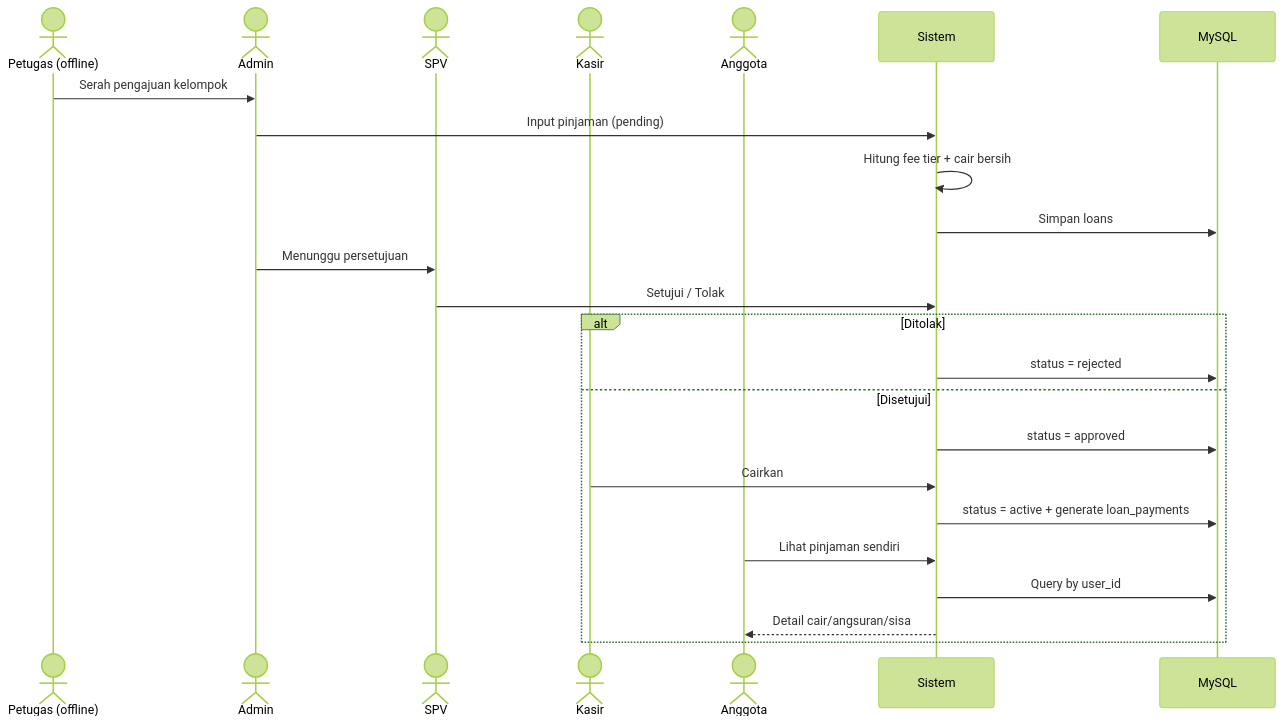
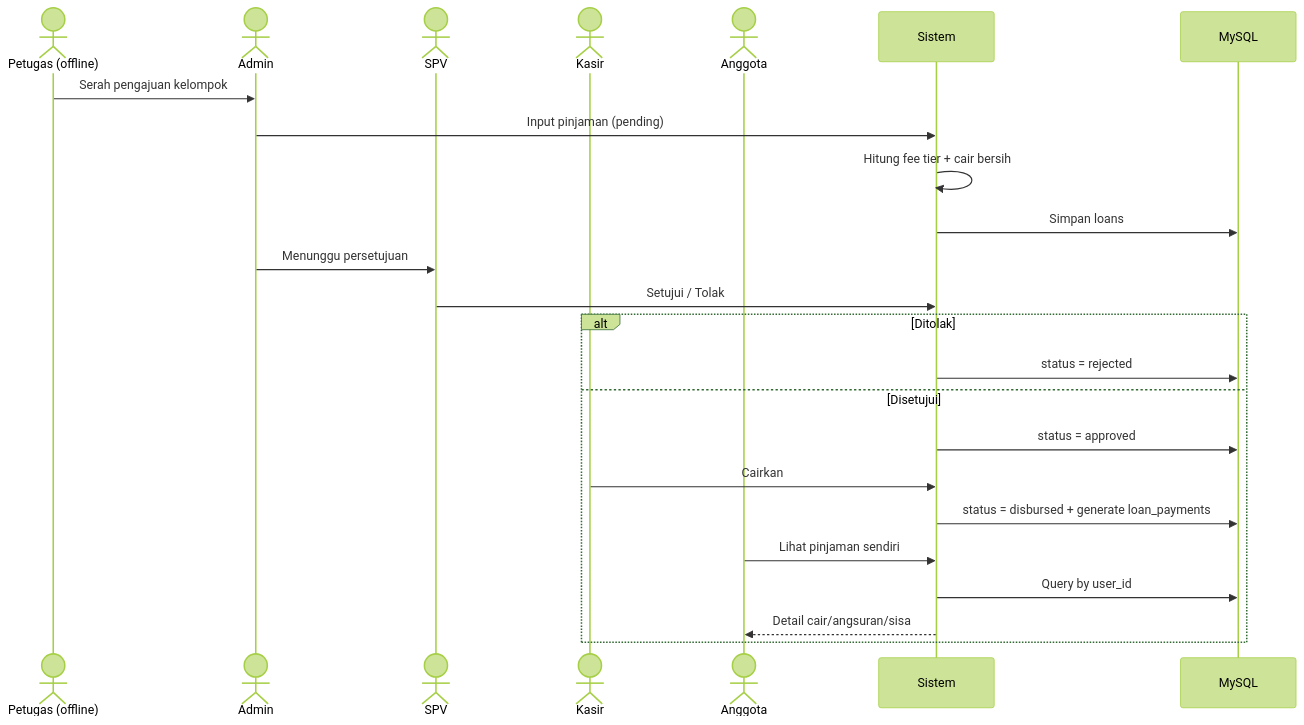
The seventh of 10 diagrams in DIAGRAMS_MERMAID.md (adrianakbar/karya_tantri_abadi), drawn with Mermaid (forest theme) before and after one commit. The commit also changed other lines of this file and 71 other files, not shown here.

Commit message:
docs: revisi BAB 4 + dokumentasi UAT blackbox (siklus 1-2, bukti screenshot, diagram activity/sequence/ERD, runbook UAT)

````diff
--- a/DIAGRAMS_MERMAID.md
+++ b/DIAGRAMS_MERMAID.md
@@ -172,27 +172,27 @@
 ```mermaid
 sequenceDiagram
   actor Petugas as Petugas (offline)
   actor Admin
   actor SPV
   actor Kasir
   actor Anggota
   participant S as Sistem
   participant DB as MySQL
 
   Petugas->>Admin: Serah pengajuan kelompok
   Admin->>S: Input pinjaman (pending)
   S->>S: Hitung fee tier + cair bersih
   S->>DB: Simpan loans
   Admin->>SPV: Menunggu persetujuan
   SPV->>S: Setujui / Tolak
   alt Ditolak
     S->>DB: status = rejected
   else Disetujui
     S->>DB: status = approved
     Kasir->>S: Cairkan
-    S->>DB: status = active + generate loan_payments
+    S->>DB: status = disbursed + generate loan_payments
     Anggota->>S: Lihat pinjaman sendiri
     S->>DB: Query by user_id
     S-->>Anggota: Detail cair/angsuran/sisa
   end
 ```
````
